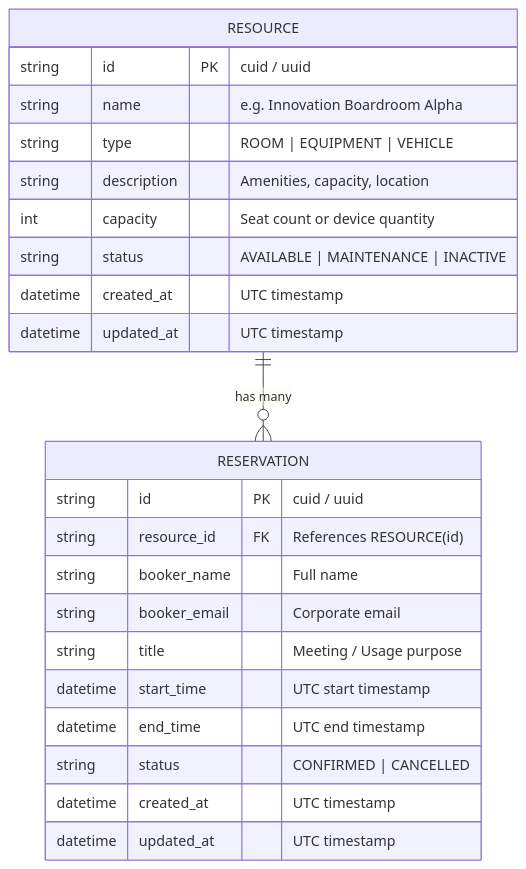
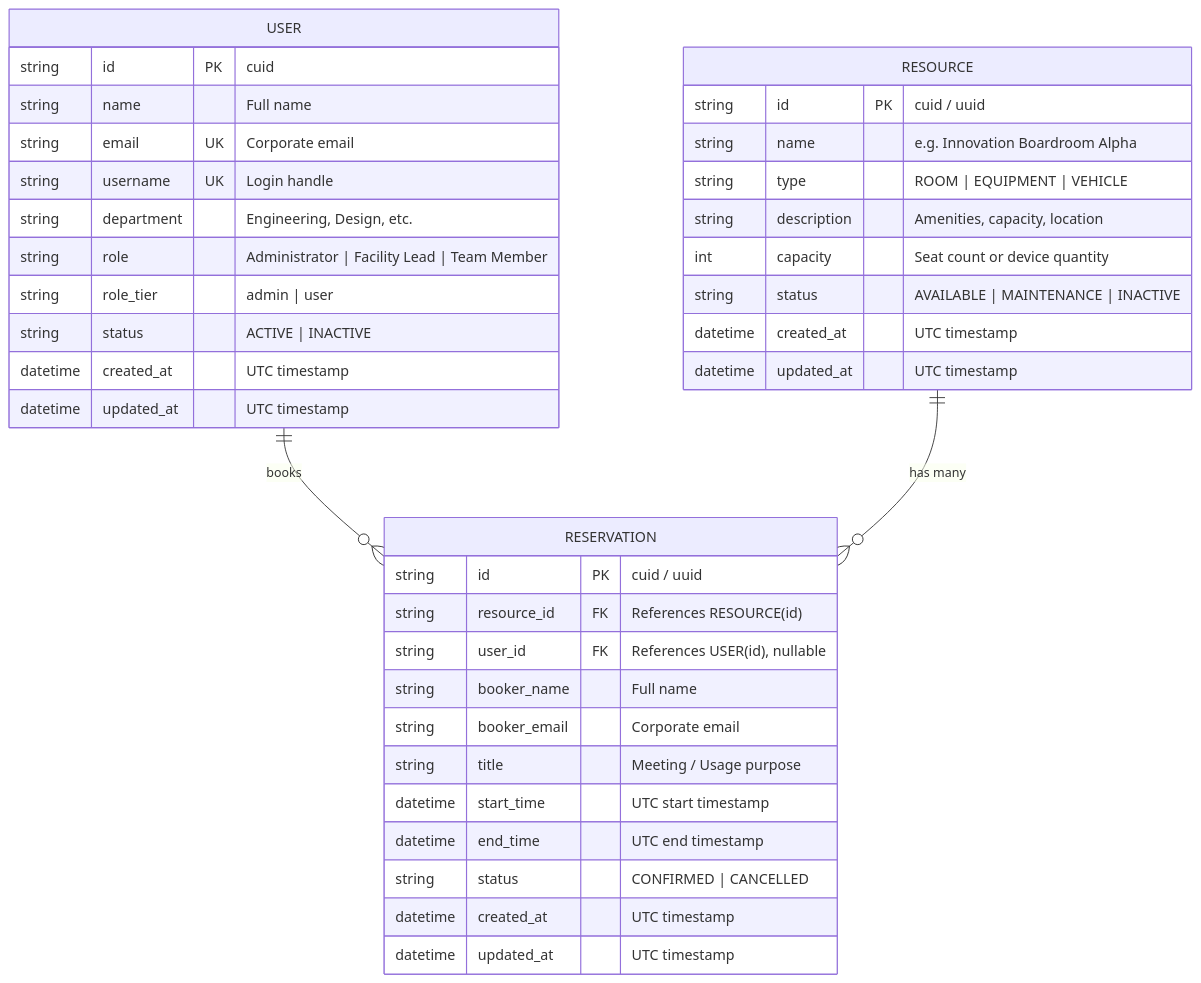
One commit to Bashi201/resource-reservation-system changed the diagram in README.md. Above: the diagram before and after it, drawn with Mermaid. The commit also changed other lines of this file and 21 other files, not shown here.

First line of the commit message:
feat(auth): implement database-backed user management, auth sync, and reservation relations

````diff
--- a/README.md
+++ b/README.md
@@ -44,28 +44,43 @@
 ```mermaid
 erDiagram
+    USER ||--o{ RESERVATION : "books"
     RESOURCE ||--o{ RESERVATION : "has many"
+
+    USER {
+        string id PK "cuid"
+        string name "Full name"
+        string email UK "Corporate email"
+        string username UK "Login handle"
+        string department "Engineering, Design, etc."
+        string role "Administrator | Facility Lead | Team Member"
+        string role_tier "admin | user"
+        string status "ACTIVE | INACTIVE"
+        datetime created_at "UTC timestamp"
+        datetime updated_at "UTC timestamp"
+    }
 
     RESOURCE {
         string id PK "cuid / uuid"
         string name "e.g. Innovation Boardroom Alpha"
         string type "ROOM | EQUIPMENT | VEHICLE"
         string description "Amenities, capacity, location"
         int capacity "Seat count or device quantity"
         string status "AVAILABLE | MAINTENANCE | INACTIVE"
         datetime created_at "UTC timestamp"
         datetime updated_at "UTC timestamp"
     }
 
     RESERVATION {
         string id PK "cuid / uuid"
         string resource_id FK "References RESOURCE(id)"
+        string user_id FK "References USER(id), nullable"
         string booker_name "Full name"
         string booker_email "Corporate email"
         string title "Meeting / Usage purpose"
         datetime start_time "UTC start timestamp"
         datetime end_time "UTC end timestamp"
         string status "CONFIRMED | CANCELLED"
         datetime created_at "UTC timestamp"
         datetime updated_at "UTC timestamp"
     }
 ```
````
